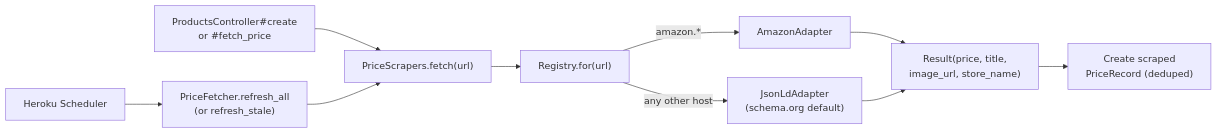
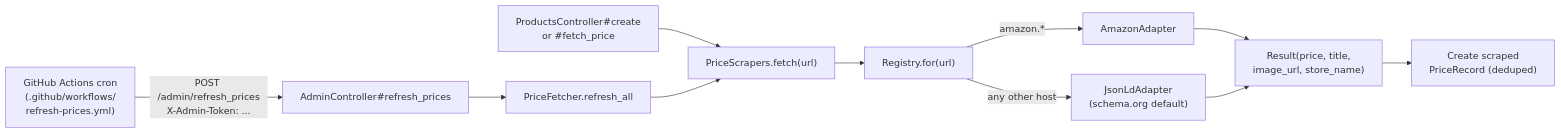
One commit to NU-CS-Software-Studio-Spring-26/project-smart-shopping-list changed the diagram in docs/scrapers.md. Above: the diagram before and after it, drawn with Mermaid. The commit also changed other lines of this file and 3 other files, not shown here.

Commit message:
Document daily price refresh and cover it with tests

````diff
--- a/docs/scrapers.md
+++ b/docs/scrapers.md
@@ -11,12 +11,13 @@
 ```mermaid
 flowchart LR
     Controller["ProductsController#create<br/>or #fetch_price"] --> Facade["PriceScrapers.fetch(url)"]
-    Cron["Heroku Scheduler"] --> Fetcher["PriceFetcher.refresh_all<br/>(or refresh_stale)"]
+    Cron["GitHub Actions cron<br/>(.github/workflows/<br/>refresh-prices.yml)"] -->|"POST /admin/refresh_prices<br/>X-Admin-Token: ..."| Admin["AdminController#refresh_prices"]
+    Admin --> Fetcher["PriceFetcher.refresh_all"]
     Fetcher --> Facade
     Facade --> Reg["Registry.for(url)"]
     Reg -->|"amazon.*"| Amazon[AmazonAdapter]
     Reg -->|"any other host"| JsonLd["JsonLdAdapter<br/>(schema.org default)"]
     Amazon --> Result["Result(price, title,<br/>image_url, store_name)"]
     JsonLd --> Result
     Result --> Persist["Create scraped<br/>PriceRecord (deduped)"]
 ```
````
